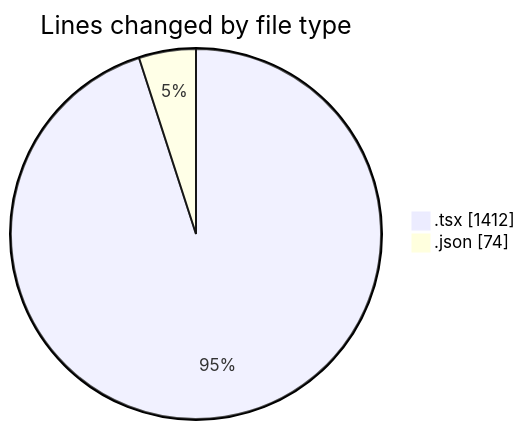
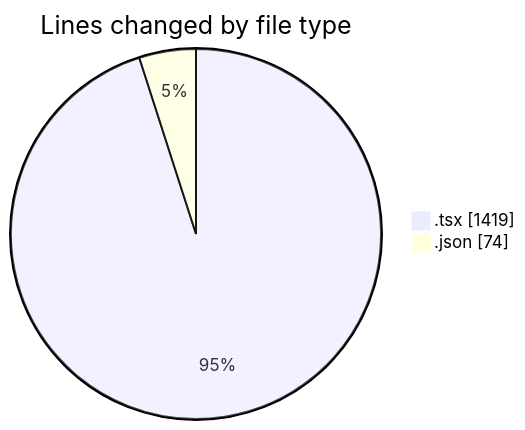
Before and after one commit to momahboobian/code-tracking: the first of 2 diagrams in 2025-04-08/cda/README.md, drawn with Mermaid. The commit also changed other lines of this file and 1 other file, not shown here.

````diff
--- a/2025-04-08/cda/README.md
+++ b/2025-04-08/cda/README.md
@@ -22,6 +22,6 @@
 ```mermaid
 pie showData
 title Lines changed by file type
-".tsx" : 1412
+".tsx" : 1419
 ".json" : 74
 ```
````
